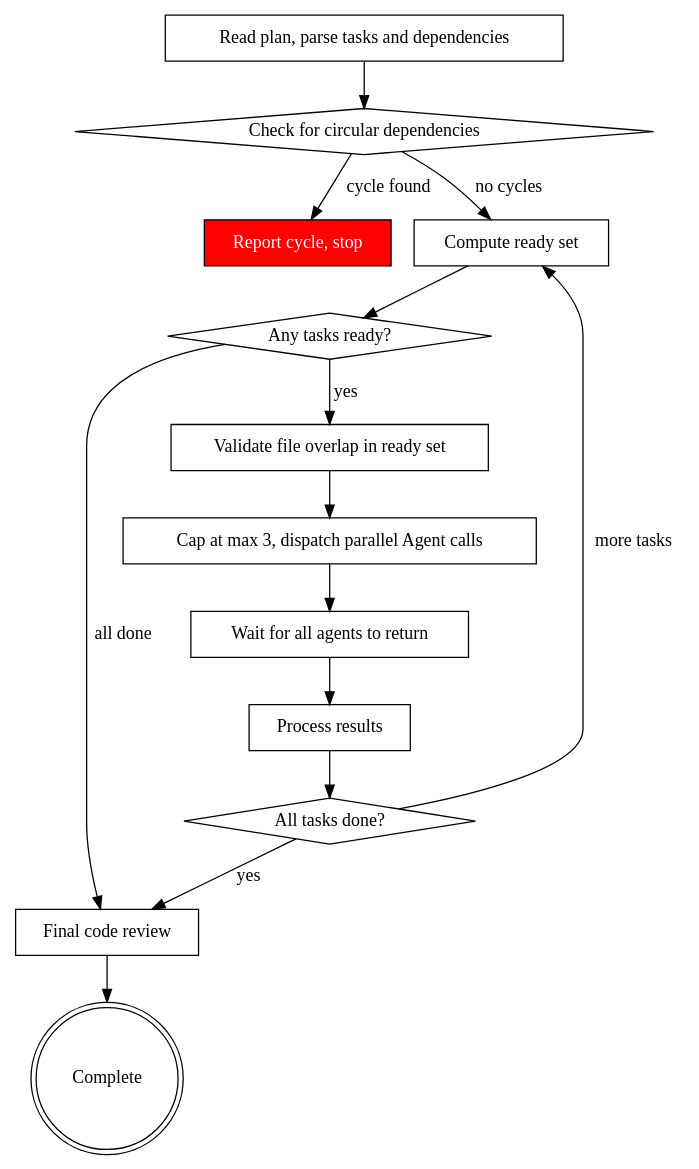
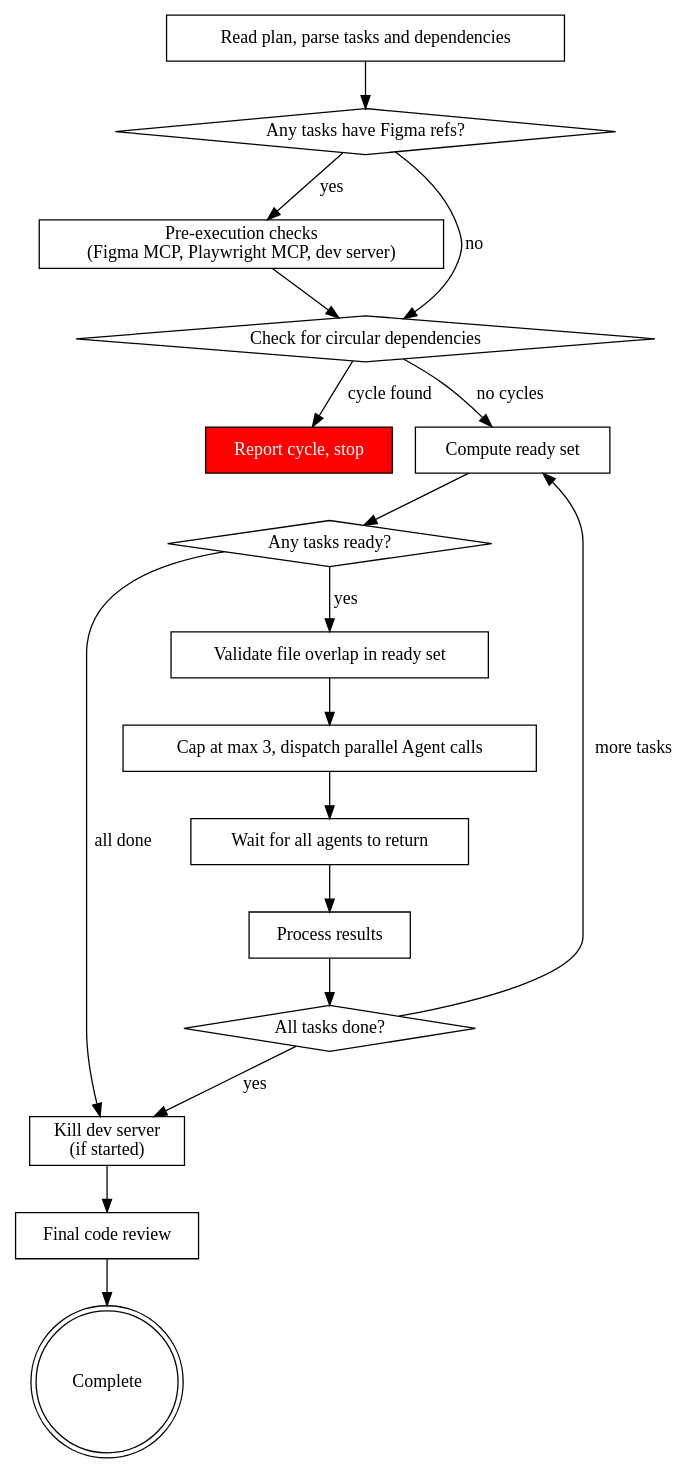
One commit to iclinic/afyapowers changed the diagram in skills/subagent-driven-development/SKILL.md. Above: the diagram before and after it, drawn with Graphviz. The commit also changed other lines of this file, not shown here.

Commit message:
feat: add pre-execution checks for Figma MCP, Playwright MCP, and dev server

````diff
--- a/skills/subagent-driven-development/SKILL.md
+++ b/skills/subagent-driven-development/SKILL.md
@@ -14,32 +14,39 @@
 ```dot
 digraph process {
     rankdir=TB;
 
     "Read plan, parse tasks and dependencies" [shape=box];
+    "Any tasks have Figma refs?" [shape=diamond];
+    "Pre-execution checks\n(Figma MCP, Playwright MCP, dev server)" [shape=box];
     "Check for circular dependencies" [shape=diamond];
     "Report cycle, stop" [shape=box, style=filled, fillcolor=red, fontcolor=white];
     "Compute ready set" [shape=box];
     "Any tasks ready?" [shape=diamond];
     "Validate file overlap in ready set" [shape=box];
     "Cap at max 3, dispatch parallel Agent calls" [shape=box];
     "Wait for all agents to return" [shape=box];
     "Process results" [shape=box];
     "All tasks done?" [shape=diamond];
+    "Kill dev server\n(if started)" [shape=box];
     "Final code review" [shape=box];
     "Complete" [shape=doublecircle];
 
-    "Read plan, parse tasks and dependencies" -> "Check for circular dependencies";
+    "Read plan, parse tasks and dependencies" -> "Any tasks have Figma refs?";
+    "Any tasks have Figma refs?" -> "Pre-execution checks\n(Figma MCP, Playwright MCP, dev server)" [label="yes"];
+    "Any tasks have Figma refs?" -> "Check for circular dependencies" [label="no"];
+    "Pre-execution checks\n(Figma MCP, Playwright MCP, dev server)" -> "Check for circular dependencies";
     "Check for circular dependencies" -> "Report cycle, stop" [label="cycle found"];
     "Check for circular dependencies" -> "Compute ready set" [label="no cycles"];
     "Compute ready set" -> "Any tasks ready?";
-    "Any tasks ready?" -> "Final code review" [label="all done"];
+    "Any tasks ready?" -> "Kill dev server\n(if started)" [label="all done"];
     "Any tasks ready?" -> "Validate file overlap in ready set" [label="yes"];
     "Validate file overlap in ready set" -> "Cap at max 3, dispatch parallel Agent calls";
     "Cap at max 3, dispatch parallel Agent calls" -> "Wait for all agents to return";
     "Wait for all agents to return" -> "Process results";
     "Process results" -> "All tasks done?";
     "All tasks done?" -> "Compute ready set" [label="more tasks"];
-    "All tasks done?" -> "Final code review" [label="yes"];
+    "All tasks done?" -> "Kill dev server\n(if started)" [label="yes"];
+    "Kill dev server\n(if started)" -> "Final code review";
     "Final code review" -> "Complete";
 }
 ```
````
